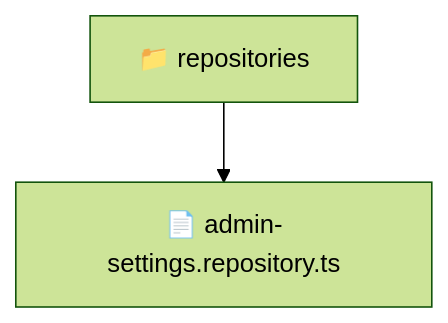
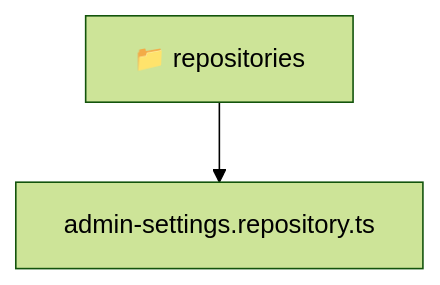
The diagram in backend/src/modules/admin-settings/infrastructure/repositories/README.md (beginwebdev2002/fullstack-mavluda), drawn with Mermaid (forest theme) before and after one commit. The commit also changed other lines of this file and 167 other files, not shown here.

````diff
--- a/backend/src/modules/admin-settings/infrastructure/repositories/README.md
+++ b/backend/src/modules/admin-settings/infrastructure/repositories/README.md
@@ -9,5 +9,6 @@
 ```mermaid
 graph TD
-  Root["📁 repositories"]
-  Root --> admin_settings_repository_ts["📄 admin-settings.repository.ts"]
+  Root_repositories["📁 repositories"]
+  f_admin_settings_repository_ts["admin-settings.repository.ts"]
+  Root_repositories --> f_admin_settings_repository_ts
 ```
````
